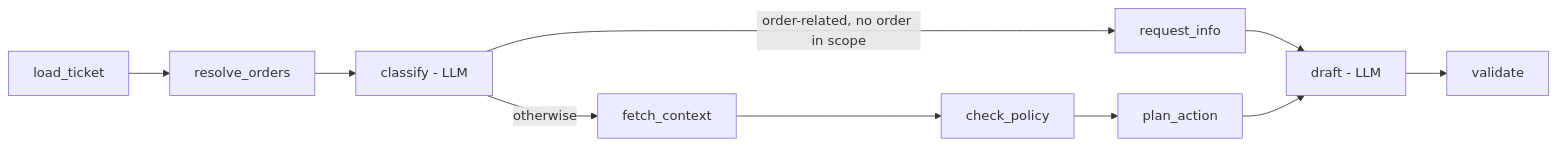
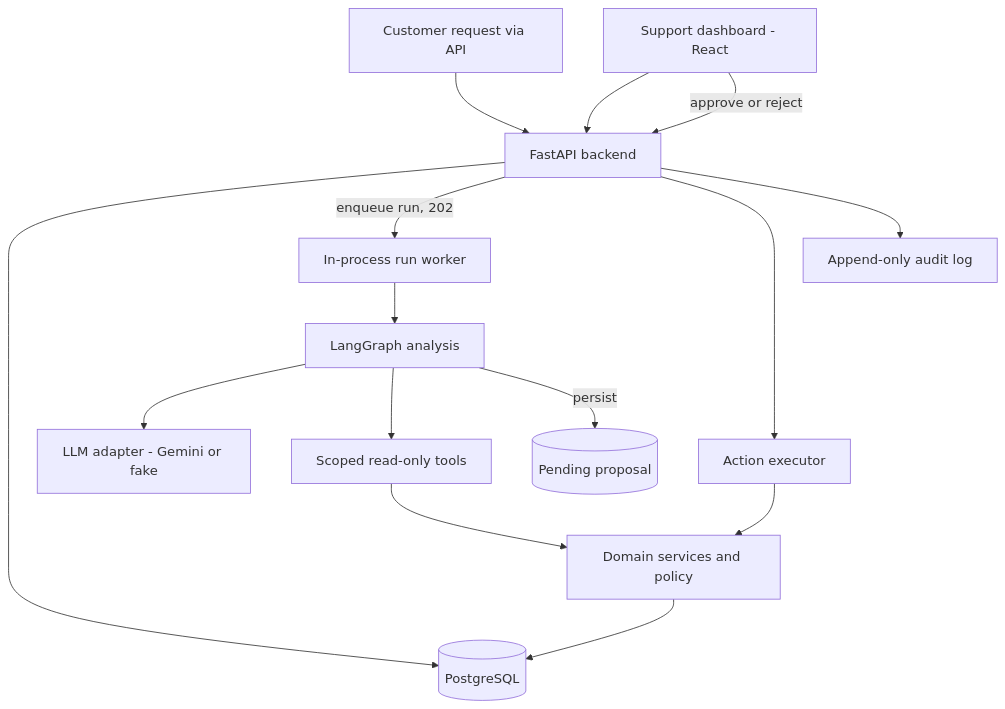
The diagram in README.md (UygarYildiz/SupportFlow), drawn with Mermaid before and after one commit. The commit also changed other lines of this file and 7 other files, not shown here.

````diff
--- a/README.md
+++ b/README.md
@@ -83,8 +50,17 @@
 ```mermaid
-flowchart LR
-    A[load_ticket] --> B[resolve_orders] --> C[classify - LLM]
-    C -->|order-related, no order in scope| E[request_info]
-    C -->|otherwise| F[fetch_context] --> G[check_policy] --> H[plan_action]
-    E --> I[draft - LLM]
-    H --> I --> J[validate]
+flowchart TD
+    C[Customer request via API] --> API[FastAPI backend]
+    U[Support dashboard - React] --> API
+    API --> DB[(PostgreSQL)]
+    API -->|enqueue run, 202| W[In-process run worker]
+    W --> G[LangGraph analysis]
+    G --> LLM[LLM adapter - Gemini or fake]
+    G --> T[Scoped read-only tools]
+    T --> S[Domain services and policy]
+    G -->|persist| P[(Pending proposal)]
+    U -->|approve or reject| API
+    API --> X[Action executor]
+    X --> S
+    S --> DB
+    API --> A[Append-only audit log]
 ```
````
